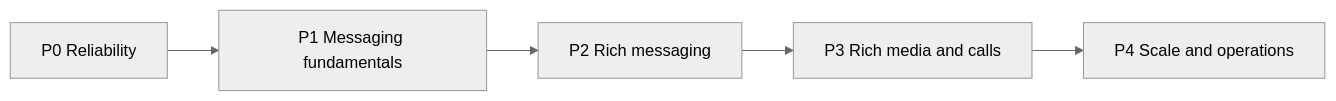
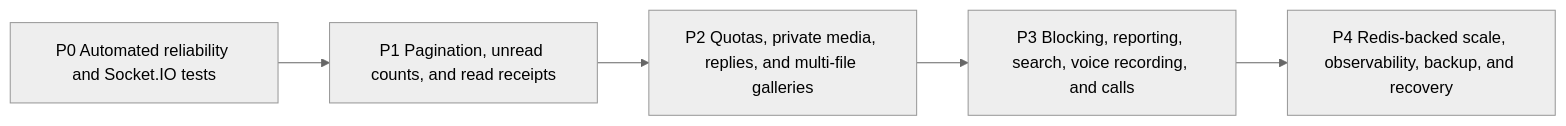
The second of 2 diagrams in docs/09-testing-and-roadmap.md (Saurav11343/click-chat), drawn with Mermaid (neutral theme) before and after one commit. The commit also changed other lines of this file and 11 other files, not shown here.

Commit message:
update diagrams

````diff
--- a/docs/09-testing-and-roadmap.md
+++ b/docs/09-testing-and-roadmap.md
@@ -176,7 +176,7 @@
 ```mermaid
 flowchart LR
-    P0["P0 Reliability"] --> P1["P1 Messaging fundamentals"]
-    P1 --> P2["P2 Rich messaging"]
-    P2 --> P3["P3 Rich media and calls"]
-    P3 --> P4["P4 Scale and operations"]
+    P0["P0 Automated reliability and Socket.IO tests"] --> P1["P1 Pagination, unread counts, and read receipts"]
+    P1 --> P2["P2 Quotas, private media, replies, and multi-file galleries"]
+    P2 --> P3["P3 Blocking, reporting, search, voice recording, and calls"]
+    P3 --> P4["P4 Redis-backed scale, observability, backup, and recovery"]
 ```
````
